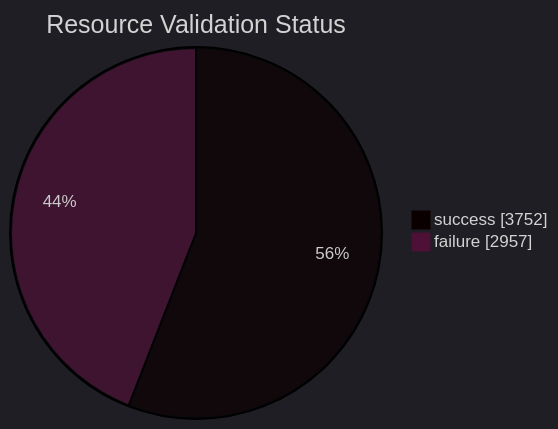
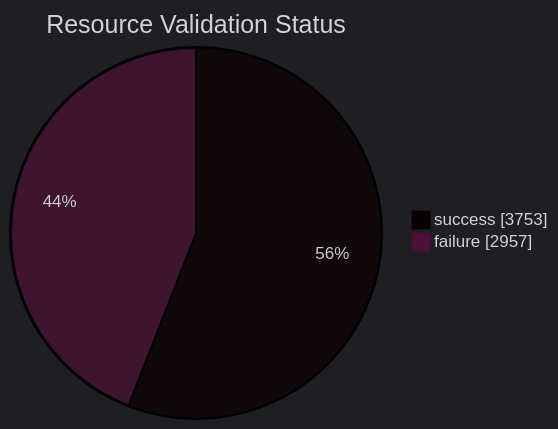
Before and after one commit to open-data/analytics-corporate-reporting: the diagram in datastore_tracker/resource_validation_status_pie_chart.md, drawn with Mermaid. The commit also changed 9 other files, not shown here.

````diff
--- a/datastore_tracker/resource_validation_status_pie_chart.md
+++ b/datastore_tracker/resource_validation_status_pie_chart.md
@@ -2,9 +2,9 @@
 ```mermaid
 ---
 config:
   theme: dark
 ---
 pie showData title Resource Validation Status
-    "success": 3752
+    "success": 3753
     "failure": 2957
 ```
````
